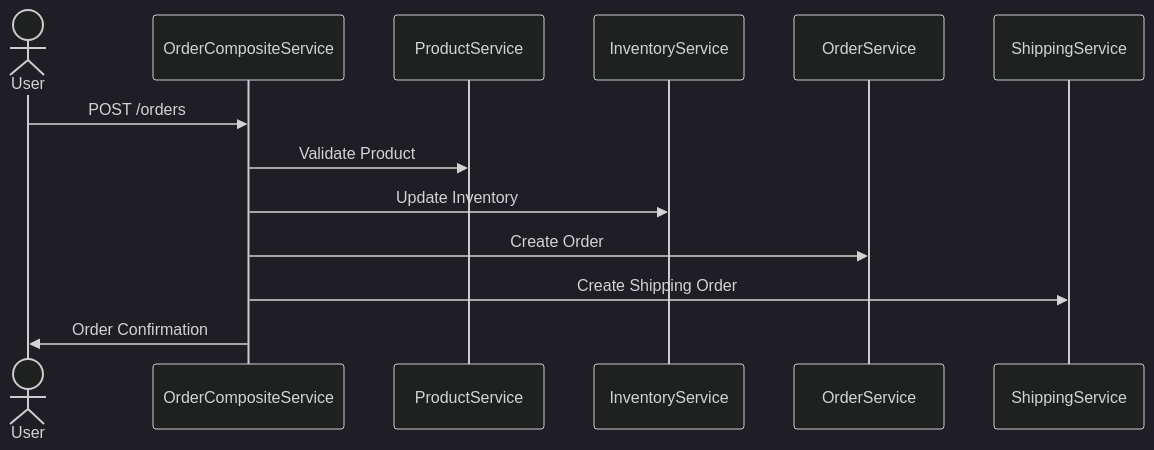
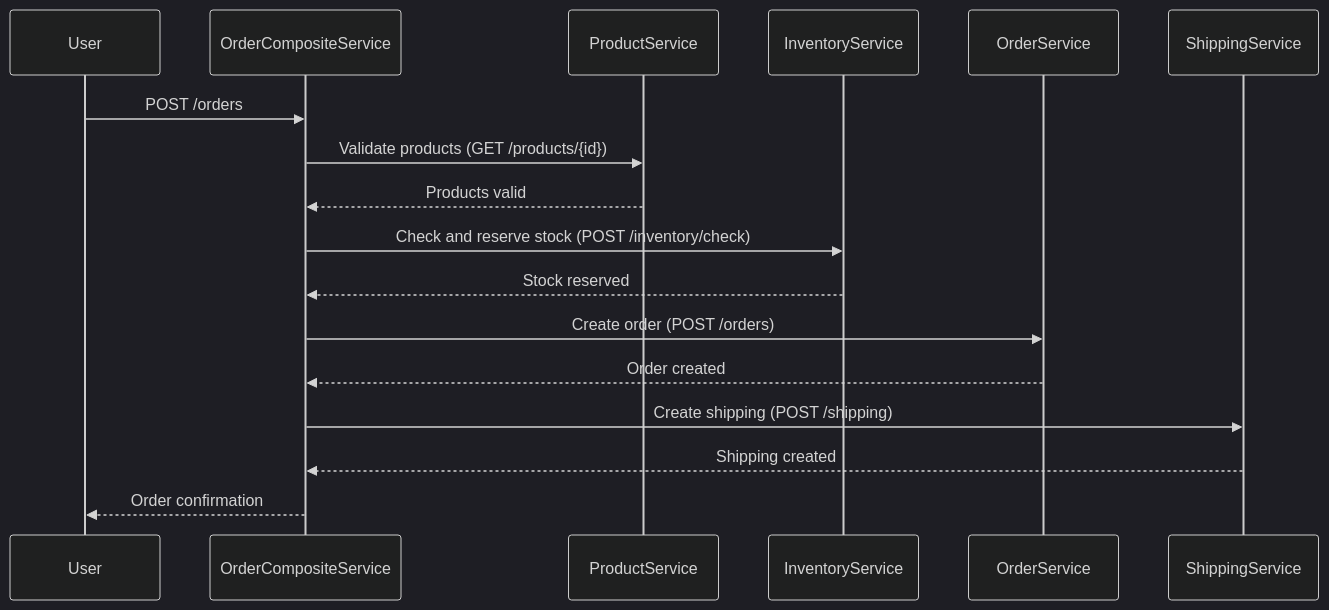
Before and after one commit to fejes99/OrderManagementSystem: the seventh of 7 diagrams in README.md, drawn with Mermaid (dark theme). The commit also changed other lines of this file and 53 other files, not shown here.

````diff
--- a/README.md
+++ b/README.md
@@ -145,11 +145,24 @@
-  ```mermaid
-  sequenceDiagram
-      actor User
+    ```mermaid
+    sequenceDiagram
+        participant User
+        participant OrderCompositeService
+        participant ProductService
+        participant InventoryService
+        participant OrderService
+        participant ShippingService
 
-      User ->> OrderCompositeService: POST /orders
-      OrderCompositeService ->> ProductService: Validate Product
-      OrderCompositeService ->> InventoryService: Update Inventory
-      OrderCompositeService ->> OrderService: Create Order
-      OrderCompositeService ->> ShippingService: Create Shipping Order
-      OrderCompositeService ->> User: Order Confirmation
-  ```
+        User->>OrderCompositeService: POST /orders
+        OrderCompositeService->>ProductService: Validate products (GET /products/{id})
+        ProductService-->>OrderCompositeService: Products valid
+
+        OrderCompositeService->>InventoryService: Check and reserve stock (POST /inventory/check)
+        InventoryService-->>OrderCompositeService: Stock reserved
+
+        OrderCompositeService->>OrderService: Create order (POST /orders)
+        OrderService-->>OrderCompositeService: Order created
+
+        OrderCompositeService->>ShippingService: Create shipping (POST /shipping)
+        ShippingService-->>OrderCompositeService: Shipping created
+
+        OrderCompositeService-->>User: Order confirmation
+    ```
````
